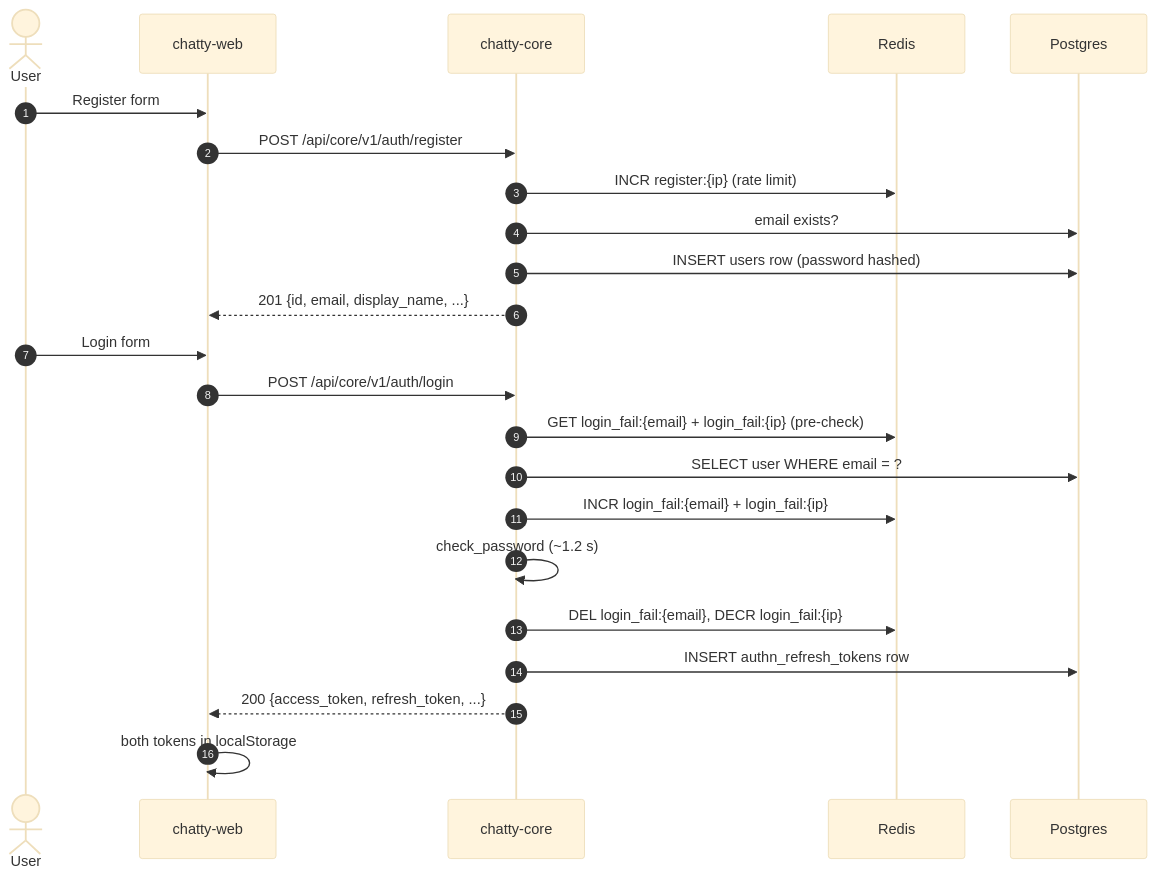
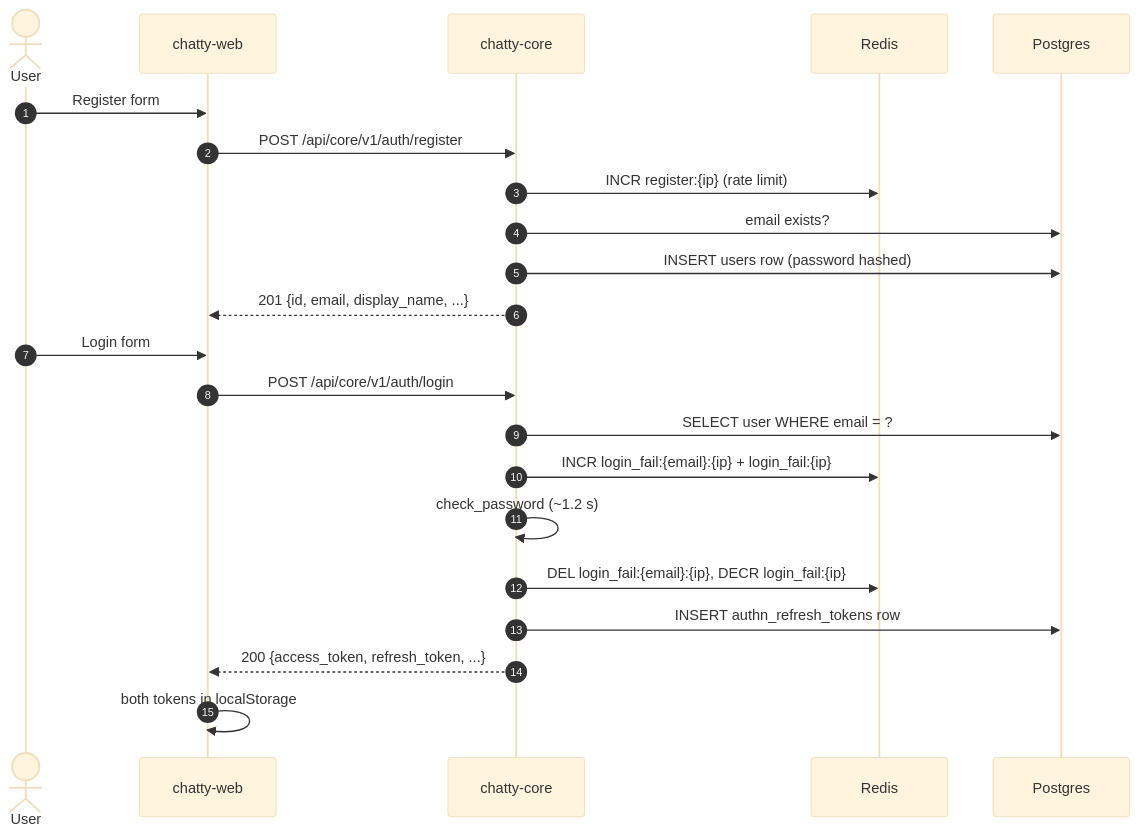
The diagram in architecture/flows/register-and-login.md (Chatty4/chatty-docs), drawn with Mermaid (base theme) before and after one commit. The commit also changed other lines of this file and 6 other files, not shown here.

````diff
--- a/architecture/flows/register-and-login.md
+++ b/architecture/flows/register-and-login.md
@@ -9,27 +9,26 @@
 ```mermaid
 sequenceDiagram
     autonumber
     actor U as User
     participant W as chatty-web
     participant C as chatty-core
     participant R as Redis
     participant DB as Postgres
 
     U->>W: Register form
     W->>C: POST /api/core/v1/auth/register
     C->>R: INCR register:{ip} (rate limit)
     C->>DB: email exists?
     C->>DB: INSERT users row (password hashed)
     C-->>W: 201 {id, email, display_name, ...}
 
     U->>W: Login form
     W->>C: POST /api/core/v1/auth/login
-    C->>R: GET login_fail:{email} + login_fail:{ip} (pre-check)
     C->>DB: SELECT user WHERE email = ?
-    C->>R: INCR login_fail:{email} + login_fail:{ip}
+    C->>R: INCR login_fail:{email}:{ip} + login_fail:{ip}
     C->>C: check_password (~1.2 s)
-    C->>R: DEL login_fail:{email}, DECR login_fail:{ip}
+    C->>R: DEL login_fail:{email}:{ip}, DECR login_fail:{ip}
     C->>DB: INSERT authn_refresh_tokens row
     C-->>W: 200 {access_token, refresh_token, ...}
     W->>W: both tokens in localStorage
 ```
````
